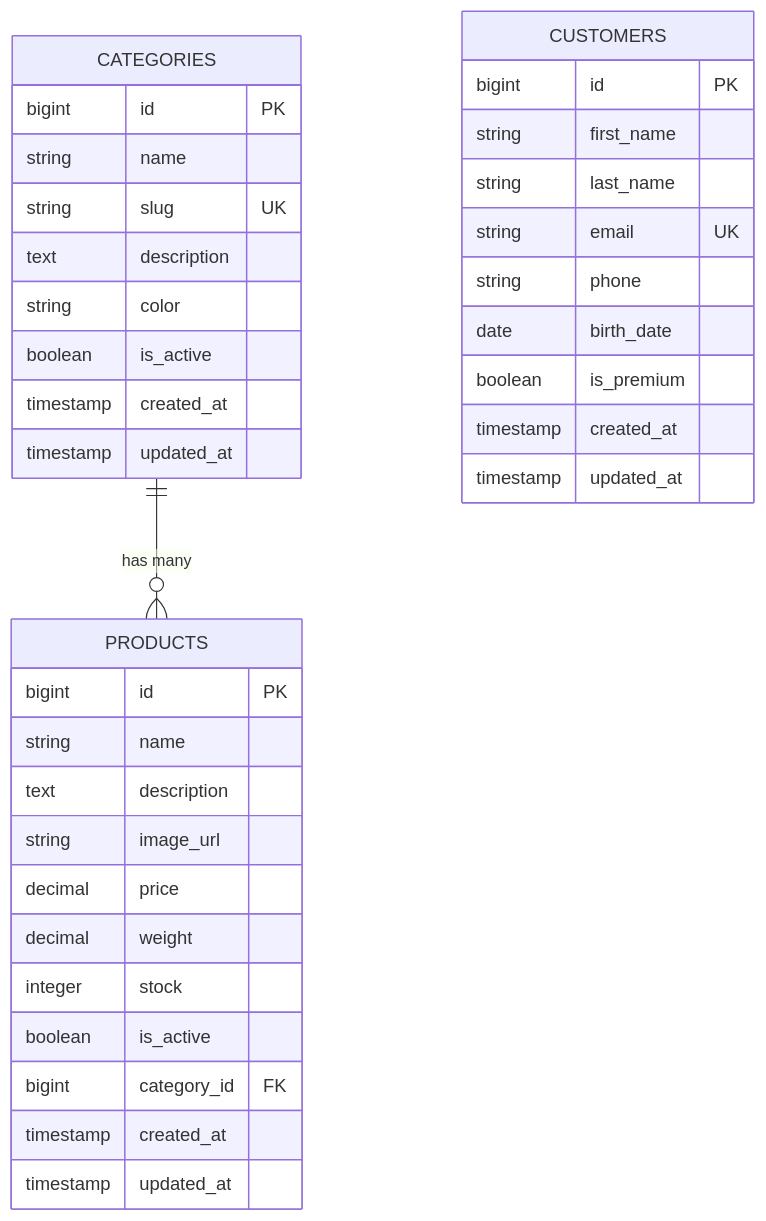
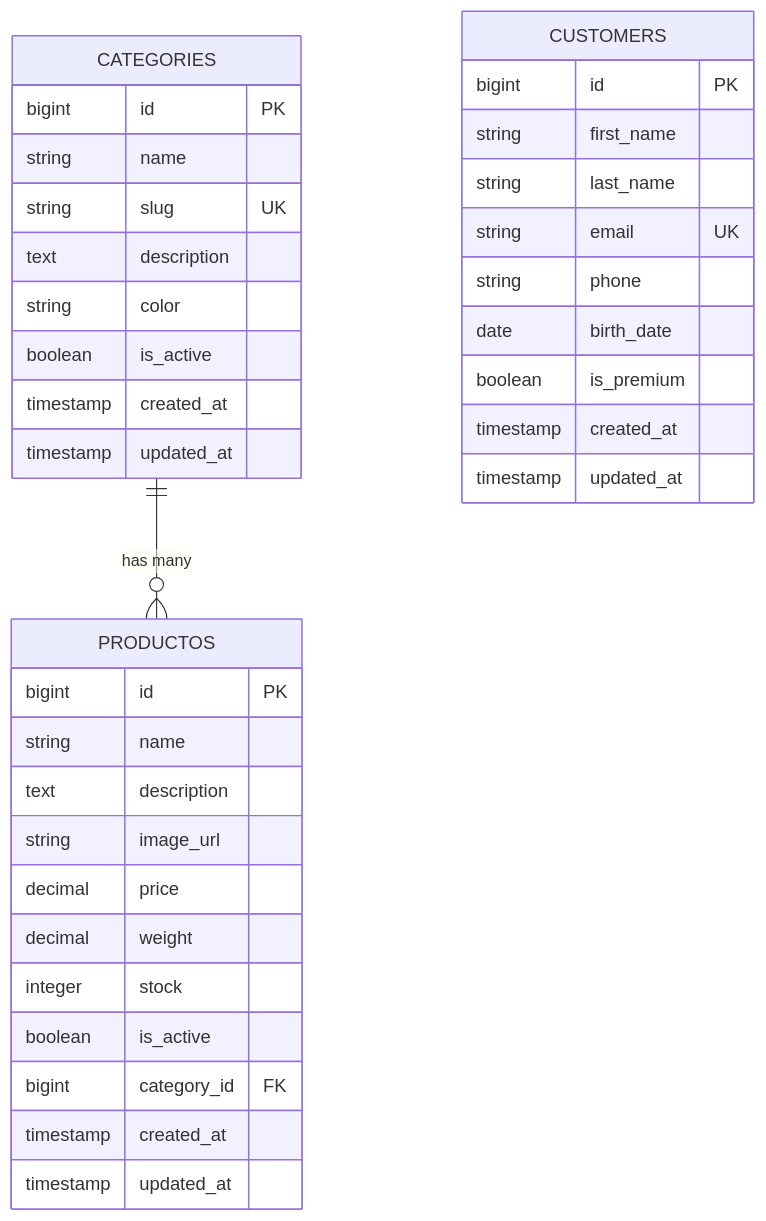
Before and after one commit to srezequieluni1/microservicios-api: the fourth of 5 diagrams in tutoriales/25-08-27-STORAGE.md, drawn with Mermaid.

Commit message:
feat: Update data model terminology from 'PRODUCTS' to 'PRODUCTOS' for consistency

````diff
--- a/tutoriales/25-08-27-STORAGE.md
+++ b/tutoriales/25-08-27-STORAGE.md
@@ -727,41 +727,41 @@
 ```mermaid
 erDiagram
     CATEGORIES {
         bigint id PK
         string name
         string slug UK
         text description
         string color
         boolean is_active
         timestamp created_at
         timestamp updated_at
     }
     
-    PRODUCTS {
+    PRODUCTOS {
         bigint id PK
         string name
         text description
         string image_url
         decimal price
         decimal weight
         integer stock
         boolean is_active
         bigint category_id FK
         timestamp created_at
         timestamp updated_at
     }
     
     CUSTOMERS {
         bigint id PK
         string first_name
         string last_name
         string email UK
         string phone
         date birth_date
         boolean is_premium
         timestamp created_at
         timestamp updated_at
     }
 
-    CATEGORIES ||--o{ PRODUCTS : "has many"
+    CATEGORIES ||--o{ PRODUCTOS : "has many"
 ```
````
